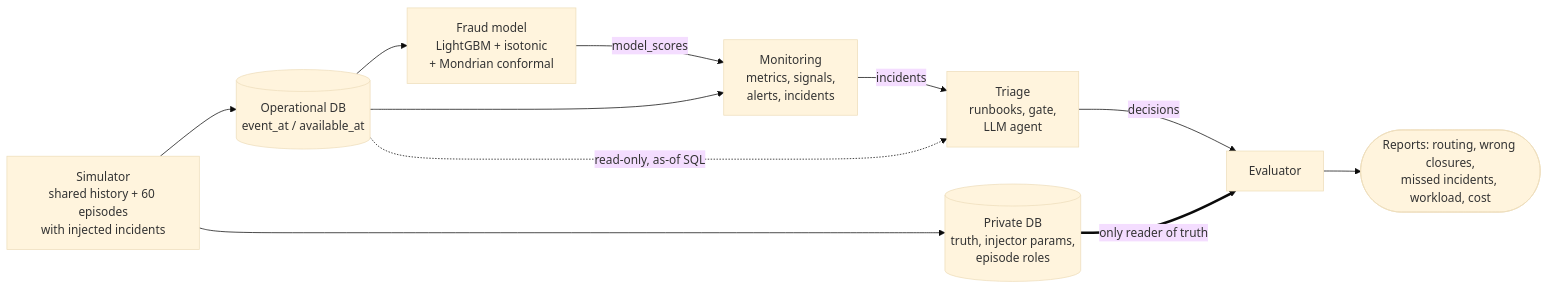
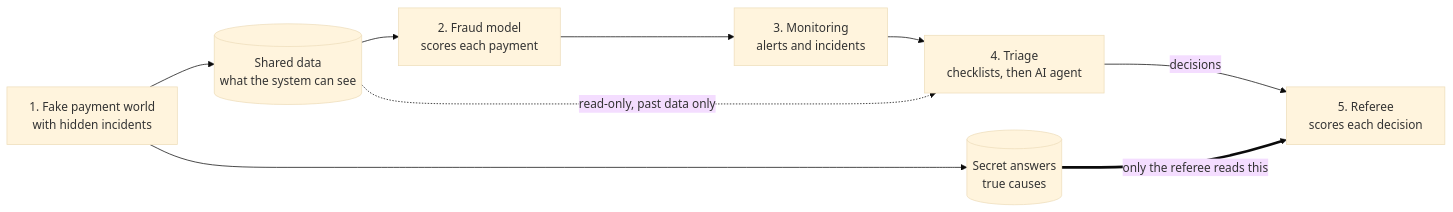
The first of 2 diagrams in README.md (longhuynh55/PayGuard), drawn with Mermaid (base theme) before and after one commit. The commit also changed other lines of this file and 1 other file, not shown here.

Commit message:
README: problem-first plain-language rewrite, worked example, glossary, design decisions; add docs/README.md reader map

````diff
--- a/README.md
+++ b/README.md
@@ -42,13 +46,11 @@
 ```mermaid
 flowchart LR
-    SIM["Simulator<br/>shared history + 60 episodes<br/>with injected incidents"] --> OPS[("Operational DB<br/>event_at / available_at")]
-    SIM --> PRIV[("Private DB<br/>truth, injector params,<br/>episode roles")]
-    OPS --> MOD["Fraud model<br/>LightGBM + isotonic<br/>+ Mondrian conformal"]
-    MOD -->|"model_scores"| MON["Monitoring<br/>metrics, signals,<br/>alerts, incidents"]
-    OPS --> MON
-    MON -->|"incidents"| TRI["Triage<br/>runbooks, gate,<br/>LLM agent"]
-    OPS -.->|"read-only, as-of SQL"| TRI
-    TRI -->|"decisions"| EV["Evaluator"]
-    PRIV ==>|"only reader of truth"| EV
-    EV --> REP(["Reports: routing, wrong closures,<br/>missed incidents, workload, cost"])
+    SIM["1. Fake payment world<br/>with hidden incidents"] --> DB[("Shared data<br/>what the system can see")]
+    SIM --> SECRET[("Secret answers<br/>true causes")]
+    DB --> MOD["2. Fraud model<br/>scores each payment"]
+    MOD --> MON["3. Monitoring<br/>alerts and incidents"]
+    MON --> TRI["4. Triage<br/>checklists, then AI agent"]
+    DB -.->|"read-only, past data only"| TRI
+    TRI -->|"decisions"| EV["5. Referee<br/>scores each decision"]
+    SECRET ==>|"only the referee reads this"| EV
 ```
````
